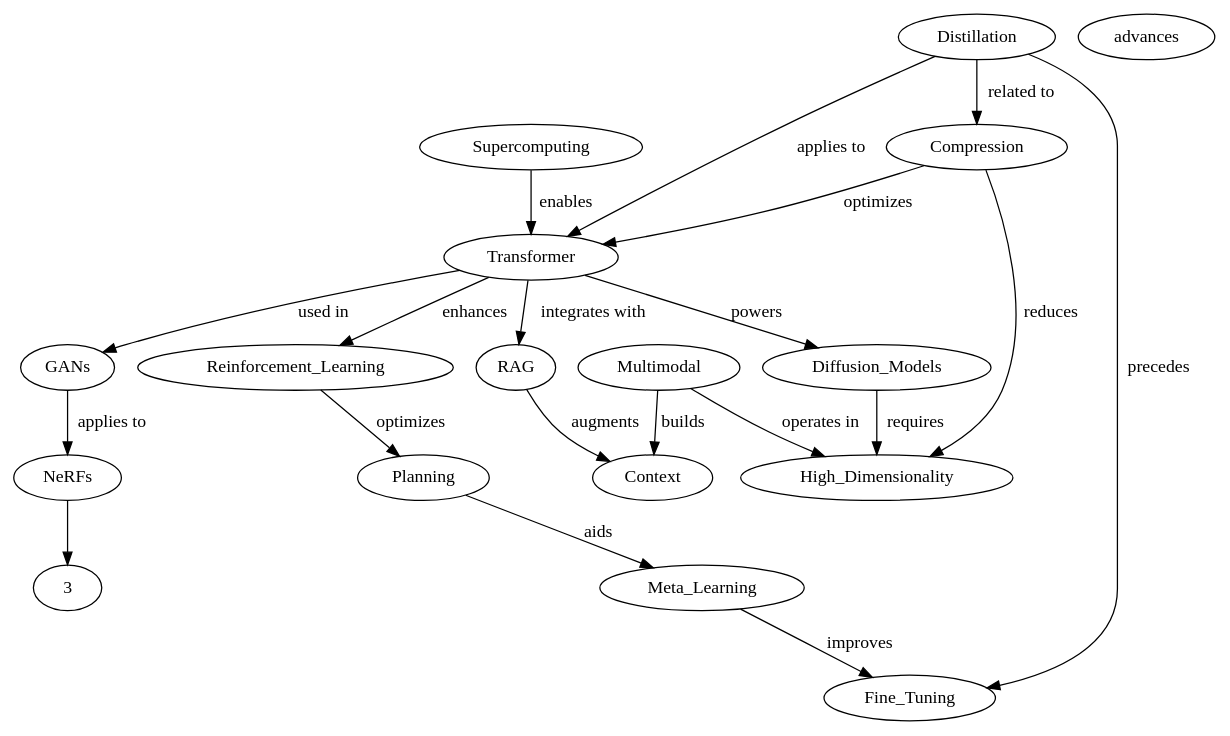
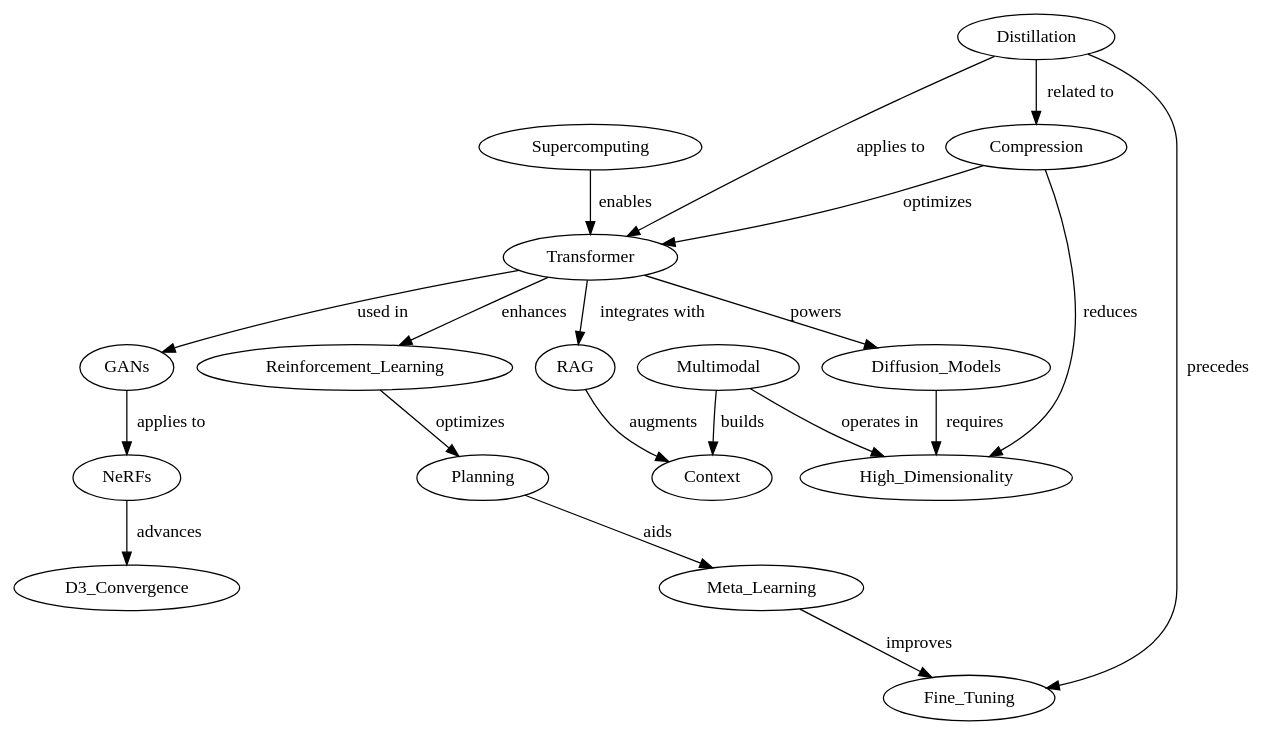
The diagram in ai_knowledge_graph.dot (bizarai/Graphviz), drawn with Graphviz before and after one commit.

```diff
--- a/ai_knowledge_graph.dot
+++ b/ai_knowledge_graph.dot
@@ -1,22 +1,22 @@
 // ai_knowledge_graph.dot
 digraph AI_Concepts {
     Supercomputing -> Transformer [label="enables"];
     Transformer -> Reinforcement_Learning [label="enhances"];
     Reinforcement_Learning -> Planning [label="optimizes"];
     Planning -> Meta_Learning [label="aids"];
     Meta_Learning -> Fine_Tuning [label="improves"];
     Transformer -> Diffusion_Models [label="powers"];
     Transformer -> GANs [label="used in"];
     Transformer -> RAG [label="integrates with"];
     GANs -> NeRFs [label="applies to"];
-    NeRFs -> 3D_Convergence [label="advances"];
+    NeRFs -> D3_Convergence [label="advances"];
     Diffusion_Models -> High_Dimensionality [label="requires"];
     Multimodal -> High_Dimensionality [label="operates in"];
     Multimodal -> Context [label="builds"];
     RAG -> Context [label="augments"];
     Compression -> Transformer [label="optimizes"];
     Compression -> High_Dimensionality [label="reduces"];
     Distillation -> Transformer [label="applies to"];
     Distillation -> Compression [label="related to"];
     Distillation -> Fine_Tuning [label="precedes"];
 }
```
